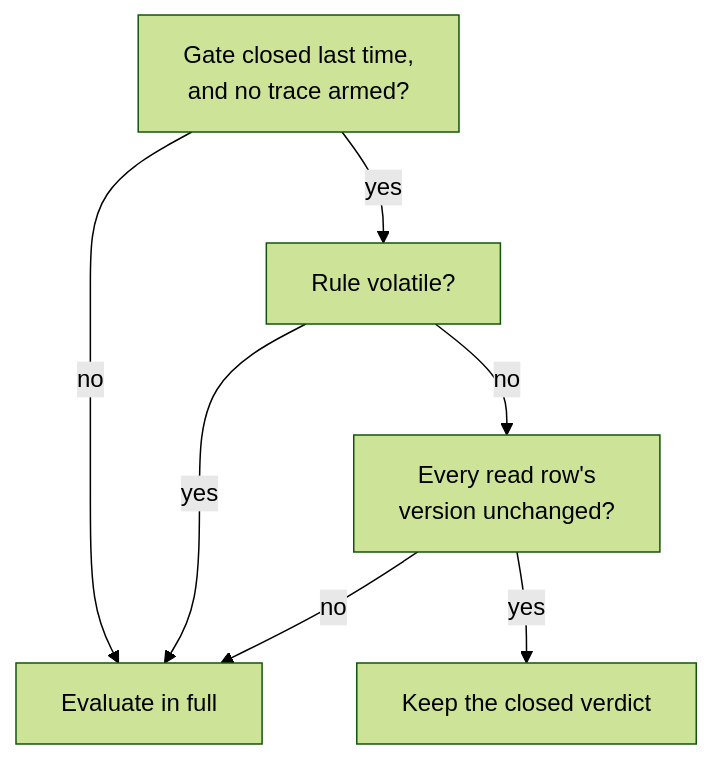
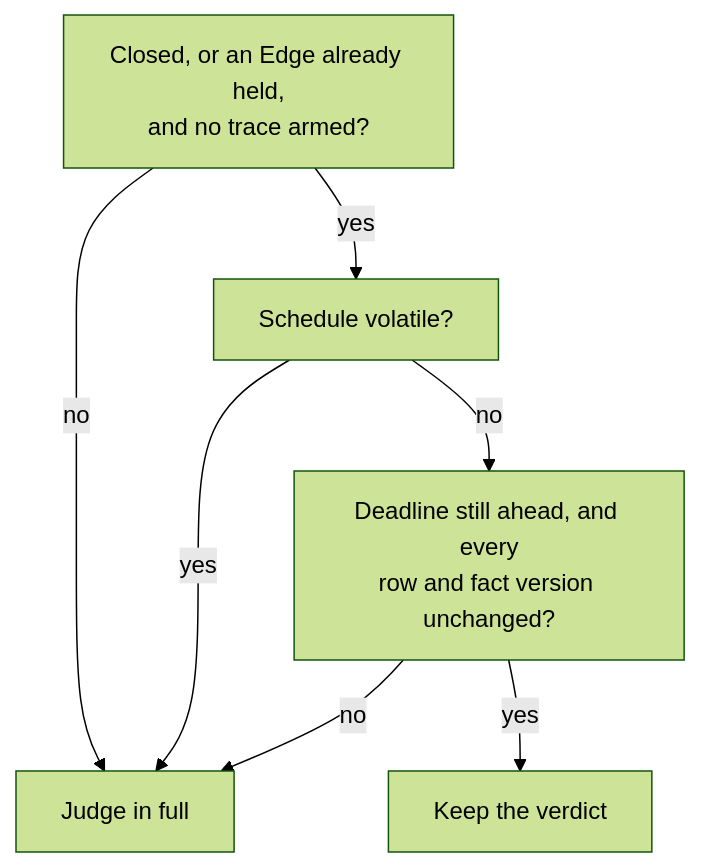
One commit to ByteTerrace/Puck changed the diagram in docs/reference/state/analysis.md. Above: the diagram before and after it, drawn with Mermaid (forest theme). The commit also changed other lines of this file and 6 other files, not shown here.

````diff
--- a/docs/reference/state/analysis.md
+++ b/docs/reference/state/analysis.md
@@ -281,9 +341,9 @@
 ```mermaid
 flowchart TD
-    A["Gate closed last time,<br/>and no trace armed?"] -- no --> E["Evaluate in full"]
-    A -- yes --> B["Rule volatile?"]
+    A["Closed, or an Edge already held,<br/>and no trace armed?"] -- no --> E["Judge in full"]
+    A -- yes --> B["Schedule volatile?"]
     B -- yes --> E
-    B -- no --> C["Every read row's<br/>version unchanged?"]
+    B -- no --> C["Deadline still ahead, and every<br/>row and fact version unchanged?"]
     C -- no --> E
-    C -- yes --> D["Keep the closed verdict"]
+    C -- yes --> D["Keep the verdict"]
 ```
````
